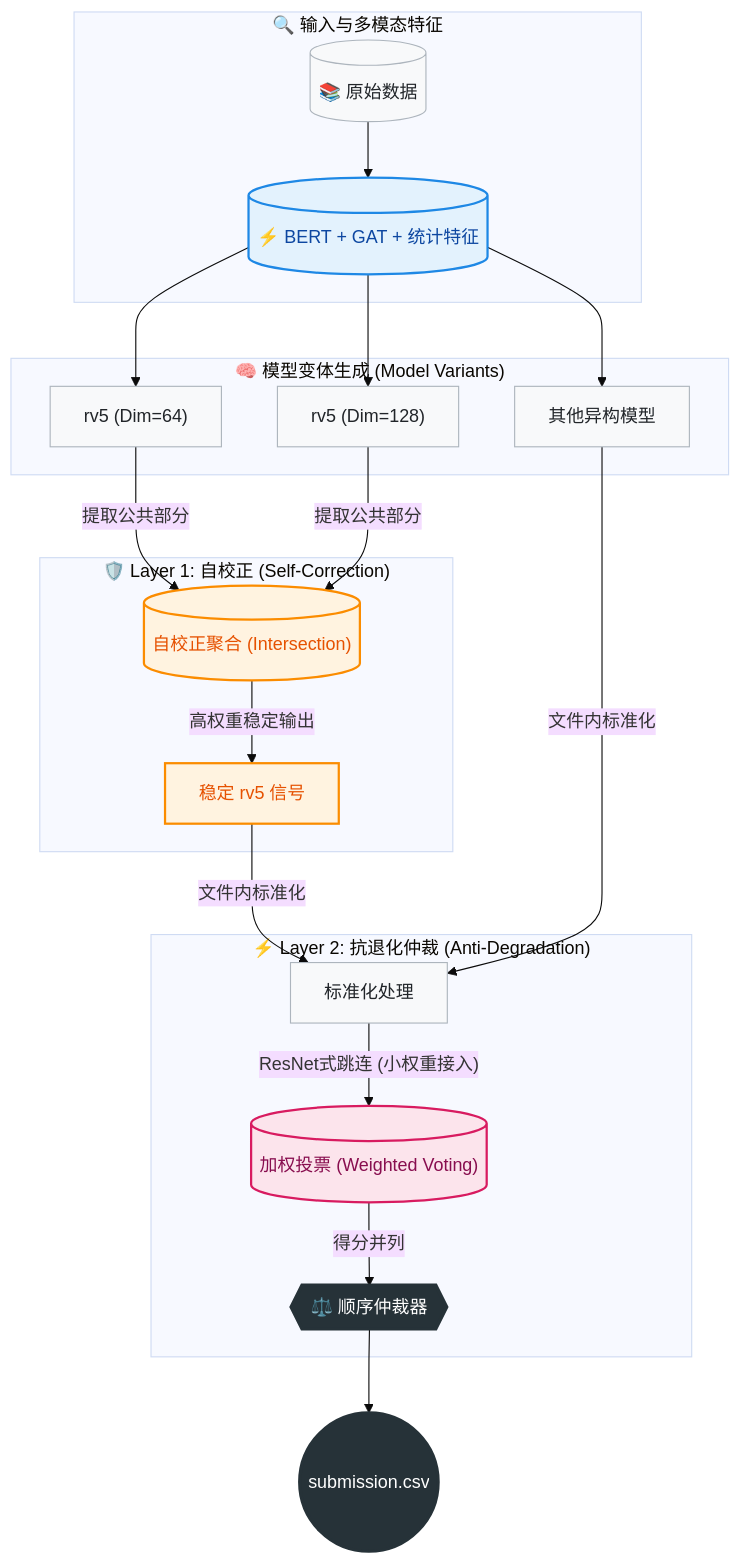
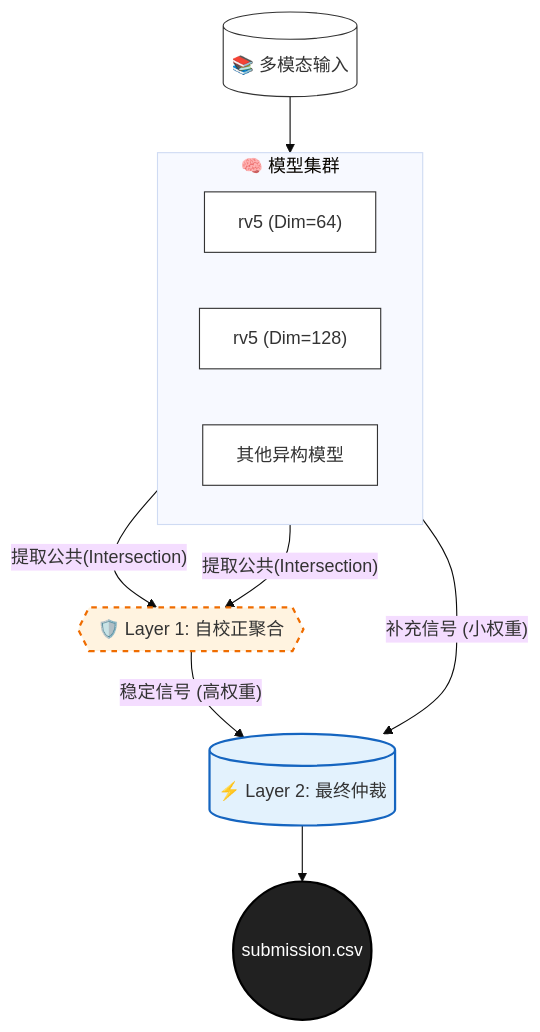
One commit to deer2321j/-_-_- changed the diagram in README.md. Above: the diagram before and after it, drawn with Mermaid (base theme).

````diff
--- a/README.md
+++ b/README.md
@@ -78,53 +78,41 @@
 ```mermaid
 graph TD
     %% =======================
-    %% 🎨 样式定义
+    %% 🎨 极简配色方案 (Minimalist Style)
     %% =======================
-    classDef base fill:#f8f9fa,stroke:#adb5bd,stroke-width:1px,color:#212529;
-    classDef feature fill:#e3f2fd,stroke:#1e88e5,stroke-width:2px,color:#0d47a1;
-    classDef layer1 fill:#fff3e0,stroke:#fb8c00,stroke-width:2px,color:#e65100;
-    classDef layer2 fill:#fce4ec,stroke:#d81b60,stroke-width:2px,color:#880e4f;
-    classDef final fill:#263238,stroke:#263238,stroke-width:3px,color:#fff;
-
+    classDef base fill:#fff,stroke:#333,stroke-width:1px;
+    classDef core fill:#e3f2fd,stroke:#1565c0,stroke-width:2px;
+    classDef final fill:#212121,stroke:#000,stroke-width:2px,color:#fff;
+    classDef l1 fill:#fff3e0,stroke:#ef6c00,stroke-width:2px,stroke-dasharray: 5 5;
+    
     %% =======================
-    %% 1. 输入与特征
+    %% 📐 核心流程 (Core Flow)
     %% =======================
-    subgraph Input ["🔍 输入与多模态特征"]
-        Data[("📚 原始数据")]:::base
-        Feat[("⚡ BERT + GAT + 统计特征")]:::feature
-        Data --> Feat
+    
+    %% 1. 数据输入
+    Input[("📚 多模态输入")]:::base
+    
+    %% 2. 模型层 (并行处理)
+    subgraph Models ["🧠 模型集群"]
+        direction LR
+        RV5_A["rv5 (Dim=64)"]:::base
+        RV5_B["rv5 (Dim=128)"]:::base
+        Other["其他异构模型"]:::base
     end
-
-    %% =======================
-    %% 2. 模型变体生成
-    %% =======================
-    subgraph Variants ["🧠 模型变体生成 (Model Variants)"]
-        M_RV5_A["rv5 (Dim=64)"]:::base
-        M_RV5_B["rv5 (Dim=128)"]:::base
-        M_Other["其他异构模型"]:::base
-    end
-    Feat --> M_RV5_A & M_RV5_B & M_Other
-
-    %% =======================
-    %% 3. Layer 1: 自校正
-    %% =======================
-    subgraph L1 ["🛡️ Layer 1: 自校正 (Self-Correction)"]
-        M_RV5_A & M_RV5_B -->|提取公共部分| SelfCorr[("自校正聚合 (Intersection)")]:::layer1
-        SelfCorr -->|高权重稳定输出| Stable_RV5[稳定 rv5 信号]:::layer1
-    end
-
-    %% =======================
+    
+    Input --> Models
+    
+    %% 3. Layer 1: 自校正 (核心亮点)
+    L1_Core{{"🛡️ Layer 1: 自校正聚合"}}:::l1
+    RV5_A & RV5_B -->|"提取公共(Intersection)"| L1_Core
+    
     %% 4. Layer 2: 最终仲裁
-    %% =======================
-    subgraph L2 ["⚡ Layer 2: 抗退化仲裁 (Anti-Degradation)"]
-        Stable_RV5 & M_Other -->|文件内标准化| Norm[标准化处理]:::base
-        Norm -->|"ResNet式跳连 (小权重接入)"| Vote[("加权投票 (Weighted Voting)")]:::layer2
-        Vote -->|得分并列| Arbiter{{"⚖️ 顺序仲裁器"}}:::final
-    end
-
-    %% =======================
+    L2_Vote[("⚡ Layer 2: 最终仲裁")]:::core
+    
+    L1_Core -->|"稳定信号 (高权重)"| L2_Vote
+    Other -->|"补充信号 (小权重)"| L2_Vote
+    
     %% 5. 输出
-    %% =======================
     Result((submission.csv)):::final
-    Arbiter --> Result
+    L2_Vote --> Result
 ```
````
